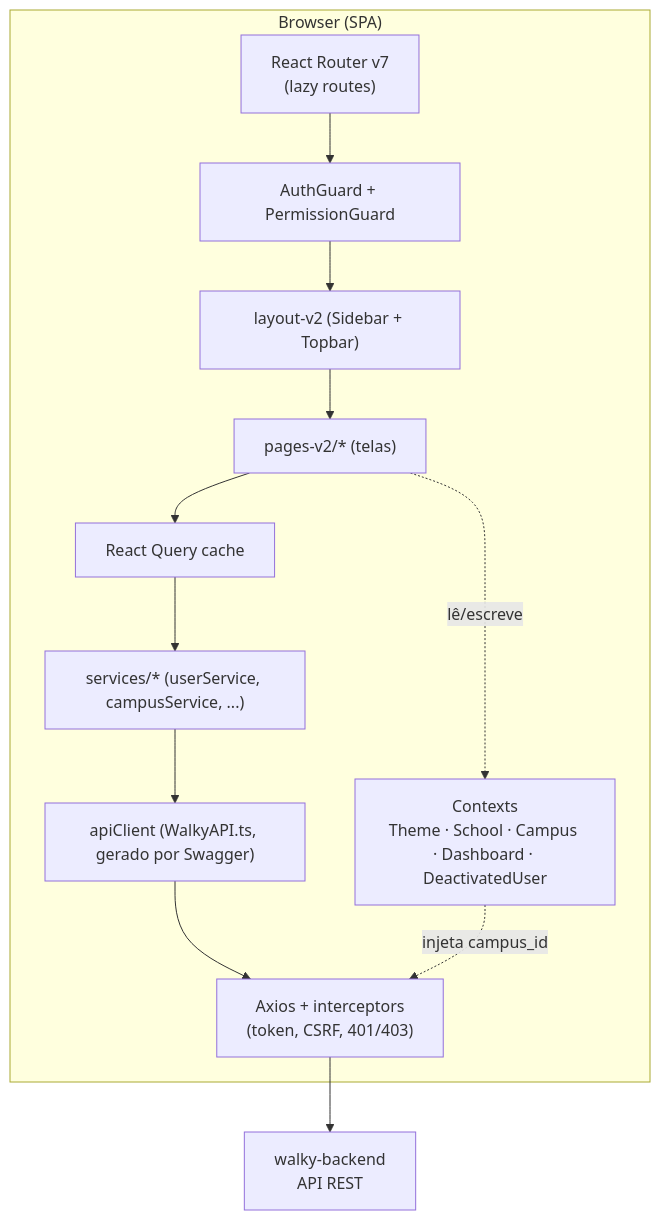
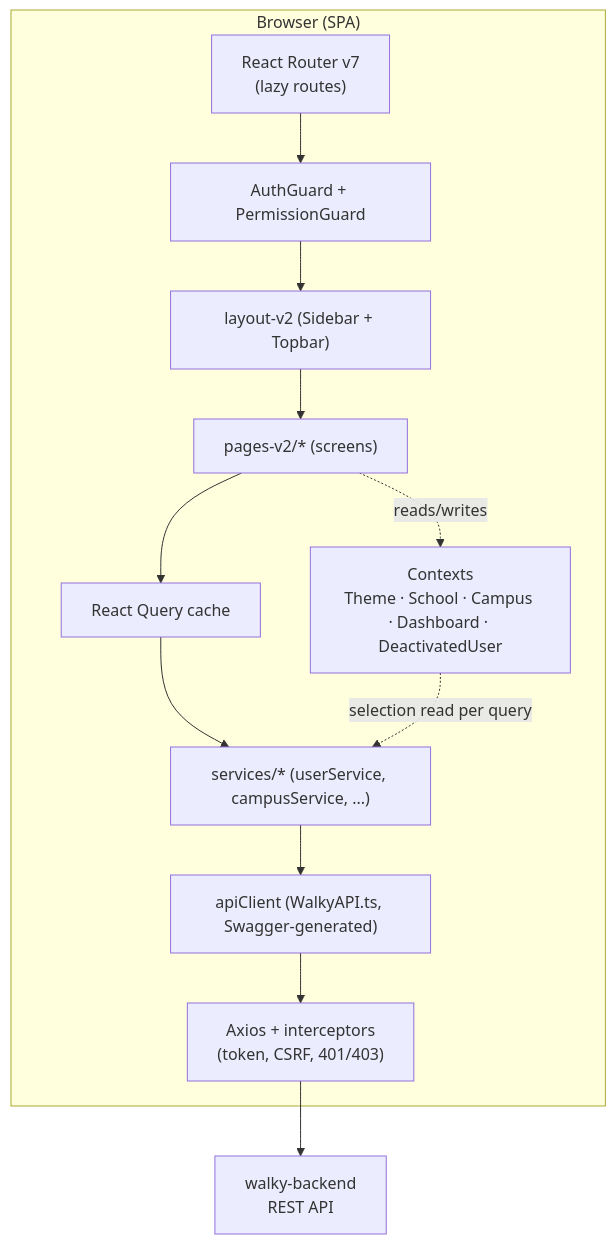
One commit to Walky-App/walky-admin changed the first of 6 diagrams in docs/architecture.md. Above: the diagram before and after it, drawn with Mermaid. The commit also changed other lines of this file and 12 other files, not shown here.

````diff
--- a/docs/architecture.md
+++ b/docs/architecture.md
@@ -26,20 +26,20 @@
 ```mermaid
 flowchart TB
     subgraph Browser["Browser (SPA)"]
         Router["React Router v7<br/>(lazy routes)"]
         Guards["AuthGuard + PermissionGuard"]
-        Pages["pages-v2/* (telas)"]
+        Pages["pages-v2/* (screens)"]
         Layout["layout-v2 (Sidebar + Topbar)"]
         Ctx["Contexts<br/>Theme · School · Campus · Dashboard · DeactivatedUser"]
         RQ["React Query cache"]
         Svc["services/* (userService, campusService, ...)"]
-        Client["apiClient (WalkyAPI.ts, gerado por Swagger)"]
+        Client["apiClient (WalkyAPI.ts, Swagger-generated)"]
         Axios["Axios + interceptors<br/>(token, CSRF, 401/403)"]
     end
-    BE["walky-backend<br/>API REST"]
+    BE["walky-backend<br/>REST API"]
 
     Router --> Guards --> Layout --> Pages
     Pages --> RQ --> Svc --> Client --> Axios --> BE
-    Pages -.lê/escreve.-> Ctx
-    Ctx -.injeta campus_id.-> Axios
+    Pages -.reads/writes.-> Ctx
+    Ctx -.selection read per query.-> Svc
 ```
````
